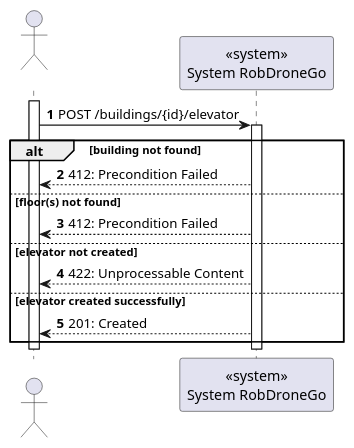
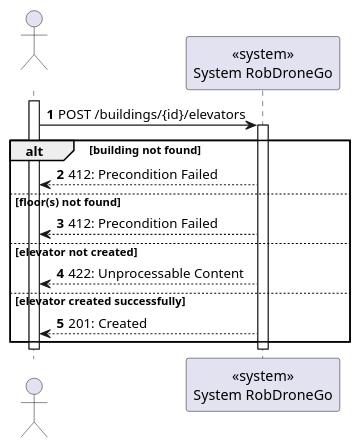
Before and after one commit to Departamento-de-Engenharia-Informatica/lapr5-23-24-g19: the diagram in docs/us270/level1/process-view.puml, drawn with PlantUML. The commit also changed 5 other files, not shown here.

```diff
--- a/docs/us270/level1/process-view.puml
+++ b/docs/us270/level1/process-view.puml
@@ -1,24 +1,24 @@
 @startuml
 autonumber
 
 actor " " as actor
 participant "<<system>>\nSystem RobDroneGo" as sys
 
 activate actor
-    actor -> sys: POST /buildings/{id}/elevator
+    actor -> sys: POST /buildings/{id}/elevators
     activate sys
 
     alt building not found
         sys --> actor : 412: Precondition Failed
     else floor(s) not found
         sys --> actor : 412: Precondition Failed
     else elevator not created
         sys --> actor : 422: Unprocessable Content
     else elevator created successfully
         sys --> actor : 201: Created
     end
-    
+
     deactivate sys
 deactivate actor
 
 @enduml
```
